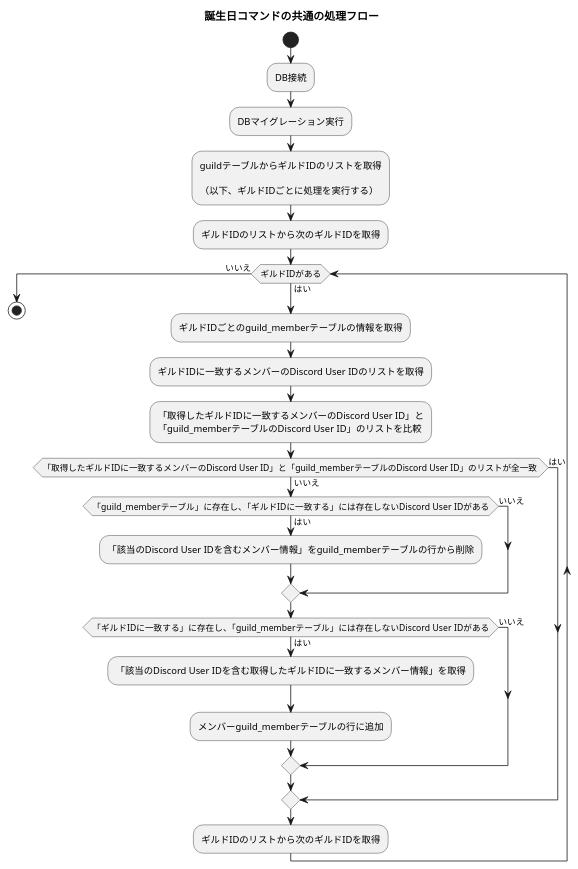
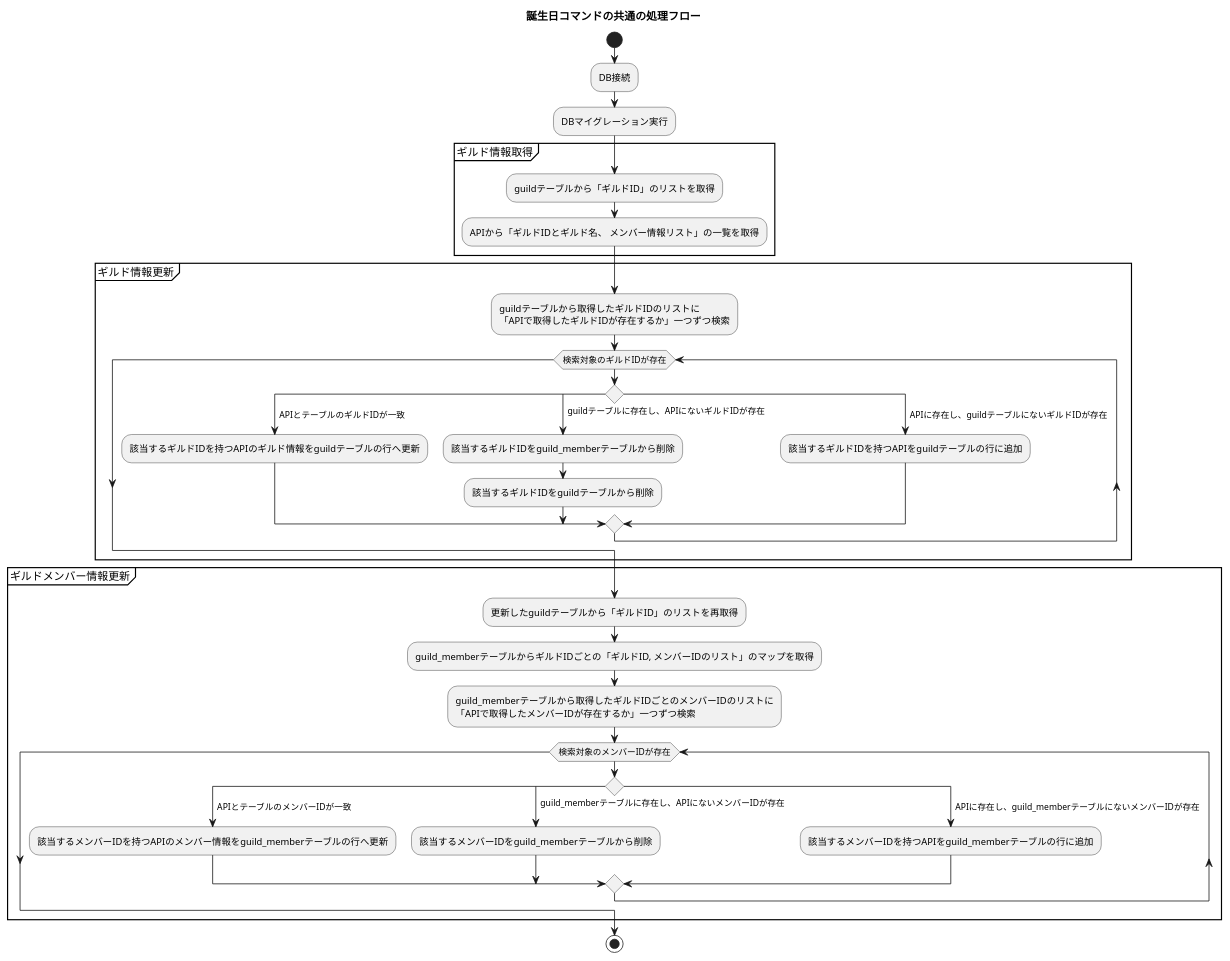
One commit to novum-d/zunda-bot-rs changed the diagram in docs/birth_共通.puml. Above: the diagram before and after it, drawn with PlantUML. The commit also changed 2 other files, not shown here.

```diff
--- a/docs/birth_共通.puml
+++ b/docs/birth_共通.puml
@@ -1,46 +1,72 @@
 @startuml
 title 誕生日コマンドの共通の処理フロー
 start
 
 :DB接続;
 :DBマイグレーション実行;
 
 ' 初期更新処理
 
-:guildテーブルからギルドIDのリストを取得
+' ギルド情報取得
+partition "ギルド情報取得" {
+:guildテーブルから「ギルドID」のリストを取得;
 
-（以下、ギルドIDごとに処理を実行する）;
-
-:ギルドIDのリストから次のギルドIDを取得;
-
-while (ギルドIDがある) is (はい)
-
-:ギルドIDごとのguild_memberテーブルの情報を取得;
-
-:ギルドIDに一致するメンバーのDiscord User IDのリストを取得;
-
-:「取得したギルドIDに一致するメンバーのDiscord User ID」と
-「guild_memberテーブルのDiscord User ID」のリストを比較;
+:APIから「ギルドIDとギルド名、 メンバー情報リスト」の一覧を取得;
+}
 
 
-if (「取得したギルドIDに一致するメンバーのDiscord User ID」と「guild_memberテーブルのDiscord User ID」のリストが全一致 ) is (はい) then
-else (いいえ)
-    if (「guild_memberテーブル」に存在し、「ギルドIDに一致する」には存在しないDiscord User IDがある) is (はい) then
-      :「該当のDiscord User IDを含むメンバー情報」をguild_memberテーブルの行から削除;
-    else (いいえ)
-    endif
+' --- ギルド情報更新
+partition "ギルド情報更新" {
 
-    if (「ギルドIDに一致する」に存在し、「guild_memberテーブル」には存在しないDiscord User IDがある) is (はい) then
-      :「該当のDiscord User IDを含む取得したギルドIDに一致するメンバー情報」を取得;
-      :メンバーguild_memberテーブルの行に追加;
-    else (いいえ)
-    endif
-endif
+:guildテーブルから取得したギルドIDのリストに
+「APIで取得したギルドIDが存在するか」一つずつ検索;
 
-:ギルドIDのリストから次のギルドIDを取得;
 
-endwhile (いいえ)
+while (検索対象のギルドIDが存在)
+    switch()
+
+    case(  APIとテーブルのギルドIDが一致)
+        :該当するギルドIDを持つAPIのギルド情報をguildテーブルの行へ更新;
+
+    case(  guildテーブルに存在し、APIにないギルドIDが存在)
+        :該当するギルドIDをguild_memberテーブルから削除;
+        :該当するギルドIDをguildテーブルから削除;
+
+    case(  APIに存在し、guildテーブルにないギルドIDが存在)
+        :該当するギルドIDを持つAPIをguildテーブルの行に追加;
+    endswitch
+
+endwhile
+
+}
+
+
+' --- ギルドメンバー情報更新
+partition "ギルドメンバー情報更新" {
+
+:更新したguildテーブルから「ギルドID」のリストを再取得;
+:guild_memberテーブルからギルドIDごとの「ギルドID, メンバーIDのリスト」のマップを取得;
+
+:guild_memberテーブルから取得したギルドIDごとのメンバーIDのリストに
+「APIで取得したメンバーIDが存在するか」一つずつ検索;
+
+while (検索対象のメンバーIDが存在)
+    switch()
+
+    case(  APIとテーブルのメンバーIDが一致)
+        :該当するメンバーIDを持つAPIのメンバー情報をguild_memberテーブルの行へ更新;
+
+    case(  guild_memberテーブルに存在し、APIにないメンバーIDが存在)
+        :該当するメンバーIDをguild_memberテーブルから削除;
+
+    case(  APIに存在し、guild_memberテーブルにないメンバーIDが存在)
+        :該当するメンバーIDを持つAPIをguild_memberテーブルの行に追加;
+    endswitch
+
+endwhile
+
+}
 
 stop
 
 @enduml
```
